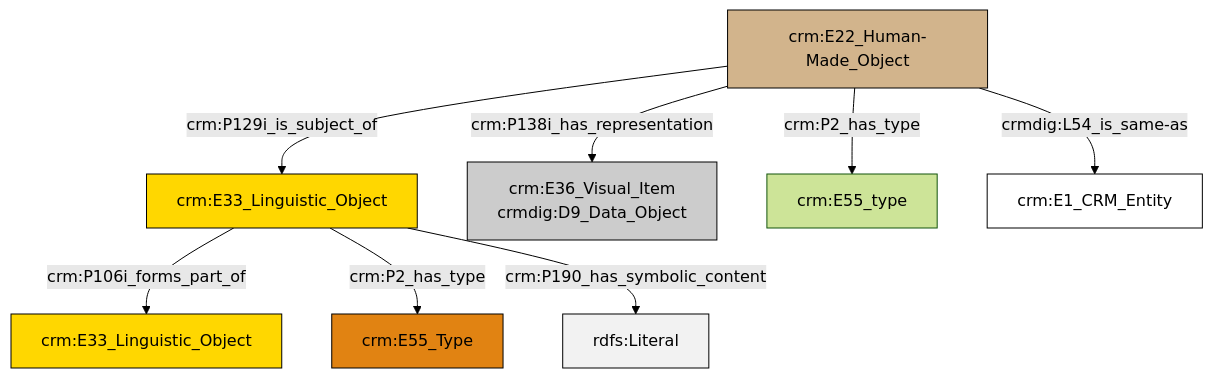
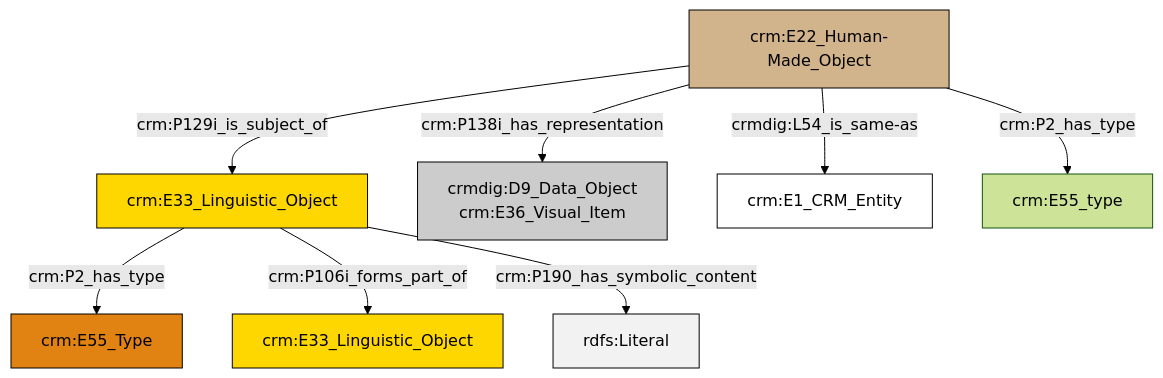
The diagram in et/artworkCSV/ttl/mmd/Artwork_Documentation.ttl.mmd (swiss-art-research-net/reference-data-models), drawn with Mermaid (forest theme) before and after one commit. The commit also changed 125 other files, not shown here.

```diff
--- a/et/artworkCSV/ttl/mmd/Artwork_Documentation.ttl.mmd
+++ b/et/artworkCSV/ttl/mmd/Artwork_Documentation.ttl.mmd
@@ -1,22 +1,22 @@
 graph TD
 classDef Literal fill:#f2f2f2,stroke:#000000;
 classDef CRM_Entity fill:#FFFFFF,stroke:#000000;
 classDef Temporal_Entity fill:#00C9E6, stroke:#000000;
 classDef Type fill:#E18312, stroke:#000000;
 classDef Time-Span fill:#2C9C91, stroke:#000000;
 classDef Appellation fill:#FFEB7F, stroke:#000000;
 classDef Place fill:#008836, stroke:#000000;
 classDef Persistent_Item fill:#B266B2, stroke:#000000;
 classDef Conceptual_Object fill:#FFD700, stroke:#000000;
 classDef Physical_Thing fill:#D2B48C, stroke:#000000;
 classDef Actor fill:#f58aad, stroke:#000000;
 classDef PC_Classes fill:#4ce600, stroke:#000000;
 classDef Multi fill:#cccccc,stroke:#000000;
 
-0["crm:E33_Linguistic_Object"]:::Conceptual_Object -->|crm:P106i_forms_part_of| 1["crm:E33_Linguistic_Object"]:::Conceptual_Object
-7["crm:E22_Human-Made_Object"]:::Physical_Thing -->|crm:P129i_is_subject_of| 0["crm:E33_Linguistic_Object"]:::Conceptual_Object
-7["crm:E22_Human-Made_Object"]:::Physical_Thing -->|crm:P138i_has_representation| 2["crm:E36_Visual_Item<br>crmdig:D9_Data_Object"]:::Multi
-7["crm:E22_Human-Made_Object"]:::Physical_Thing -->|crmdig:L54_is_same-as| 12["crm:E1_CRM_Entity"]:::CRM_Entity
-0["crm:E33_Linguistic_Object"]:::Conceptual_Object -->|crm:P2_has_type| 4["crm:E55_Type"]:::Type
-7["crm:E22_Human-Made_Object"]:::Physical_Thing -->|crm:P2_has_type| 9["crm:E55_type"]:::Default
-0["crm:E33_Linguistic_Object"]:::Conceptual_Object -->|crm:P190_has_symbolic_content| 16[rdfs:Literal]:::Literal
+0["crm:E33_Linguistic_Object"]:::Conceptual_Object -->|crm:P2_has_type| 1["crm:E55_Type"]:::Type
+0["crm:E33_Linguistic_Object"]:::Conceptual_Object -->|crm:P106i_forms_part_of| 2["crm:E33_Linguistic_Object"]:::Conceptual_Object
+8["crm:E22_Human-Made_Object"]:::Physical_Thing -->|crm:P138i_has_representation| 3["crmdig:D9_Data_Object<br>crm:E36_Visual_Item"]:::Multi
+8["crm:E22_Human-Made_Object"]:::Physical_Thing -->|crm:P129i_is_subject_of| 0["crm:E33_Linguistic_Object"]:::Conceptual_Object
+0["crm:E33_Linguistic_Object"]:::Conceptual_Object -->|crm:P190_has_symbolic_content| 11[rdfs:Literal]:::Literal
+8["crm:E22_Human-Made_Object"]:::Physical_Thing -->|crmdig:L54_is_same-as| 6["crm:E1_CRM_Entity"]:::CRM_Entity
+8["crm:E22_Human-Made_Object"]:::Physical_Thing -->|crm:P2_has_type| 13["crm:E55_type"]:::Default
```
